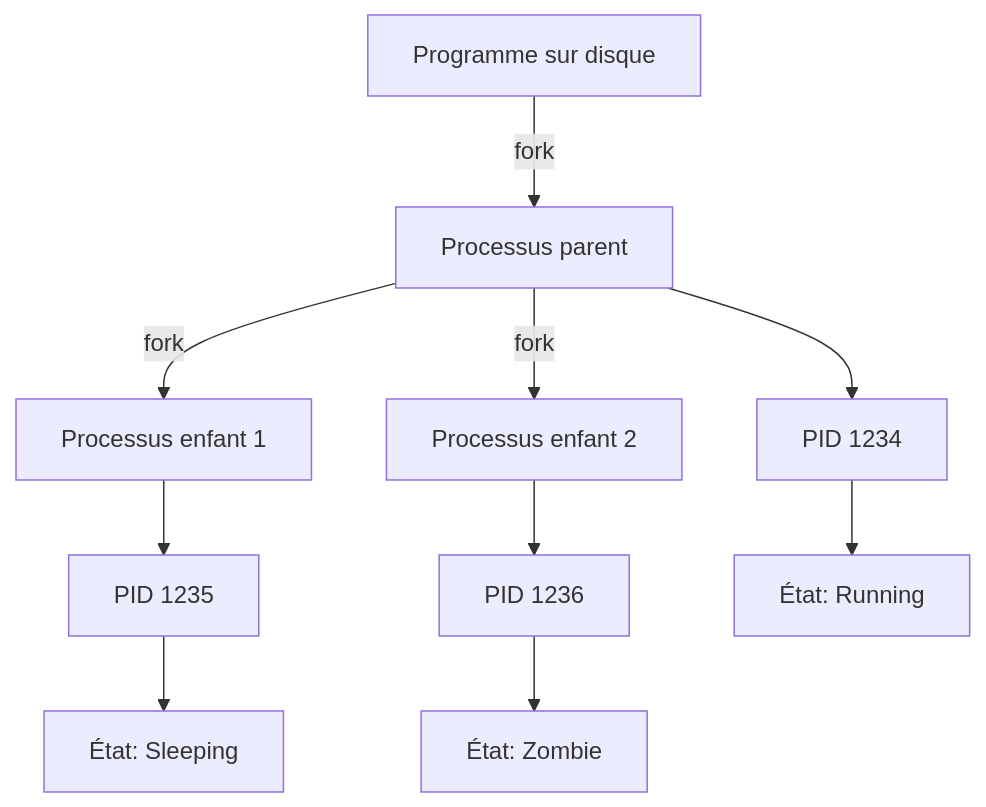
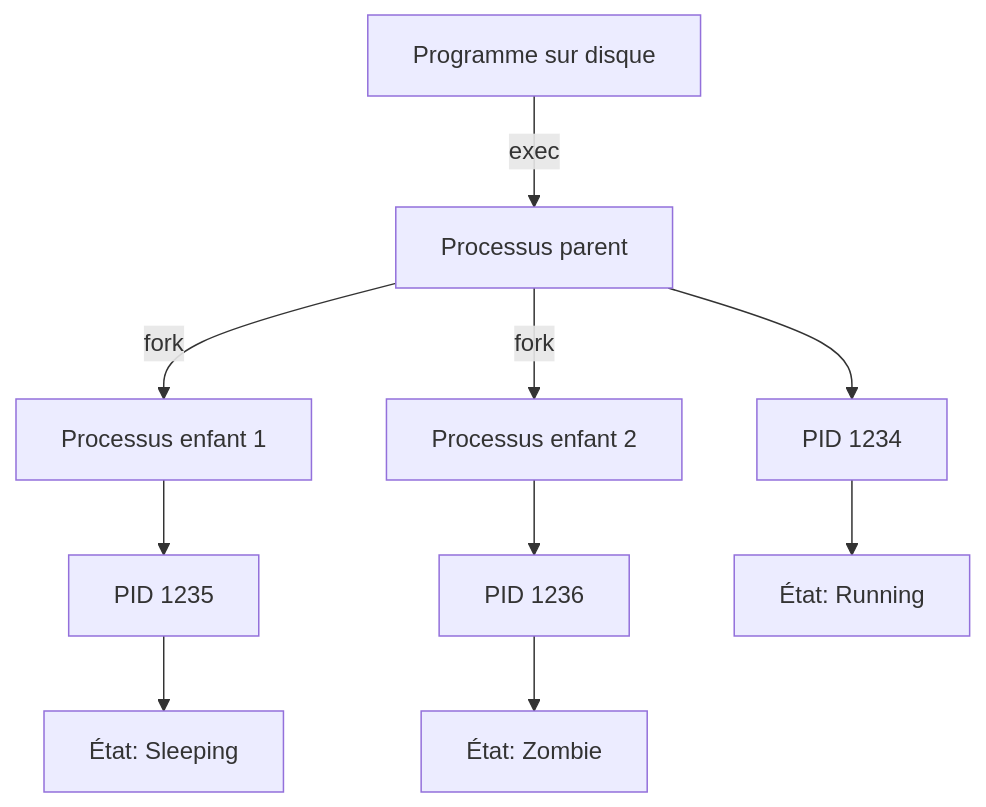
The sixth of 10 diagrams in docs/bases/concepts/architecture-unix.md (zyrass/omnydocs), drawn with Mermaid before and after one commit. The commit also changed other lines of this file and 1 other file, not shown here.

Commit message:
feat: add content to apt file and update architecture content file

````diff
--- a/docs/bases/concepts/architecture-unix.md
+++ b/docs/bases/concepts/architecture-unix.md
@@ -238,14 +295,14 @@
 ```mermaid
 graph TD
-    A[Programme sur disque] -->|fork| B[Processus parent]
+    A[Programme sur disque] -->|exec| B[Processus parent]
     B -->|fork| C[Processus enfant 1]
     B -->|fork| D[Processus enfant 2]
     
     B --> E[PID 1234]
     C --> F[PID 1235]
     D --> G[PID 1236]
     
     E --> H[État: Running]
     F --> I[État: Sleeping]
     G --> J[État: Zombie]
 ```
````
